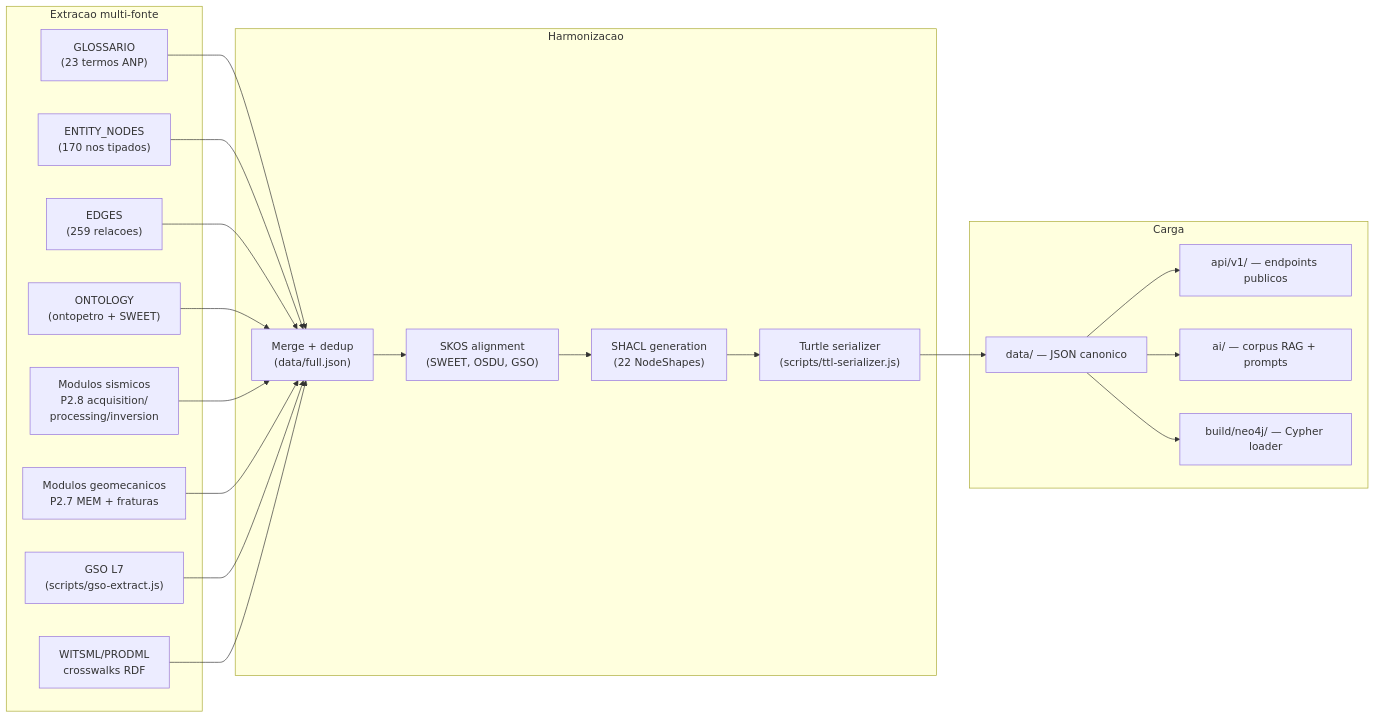
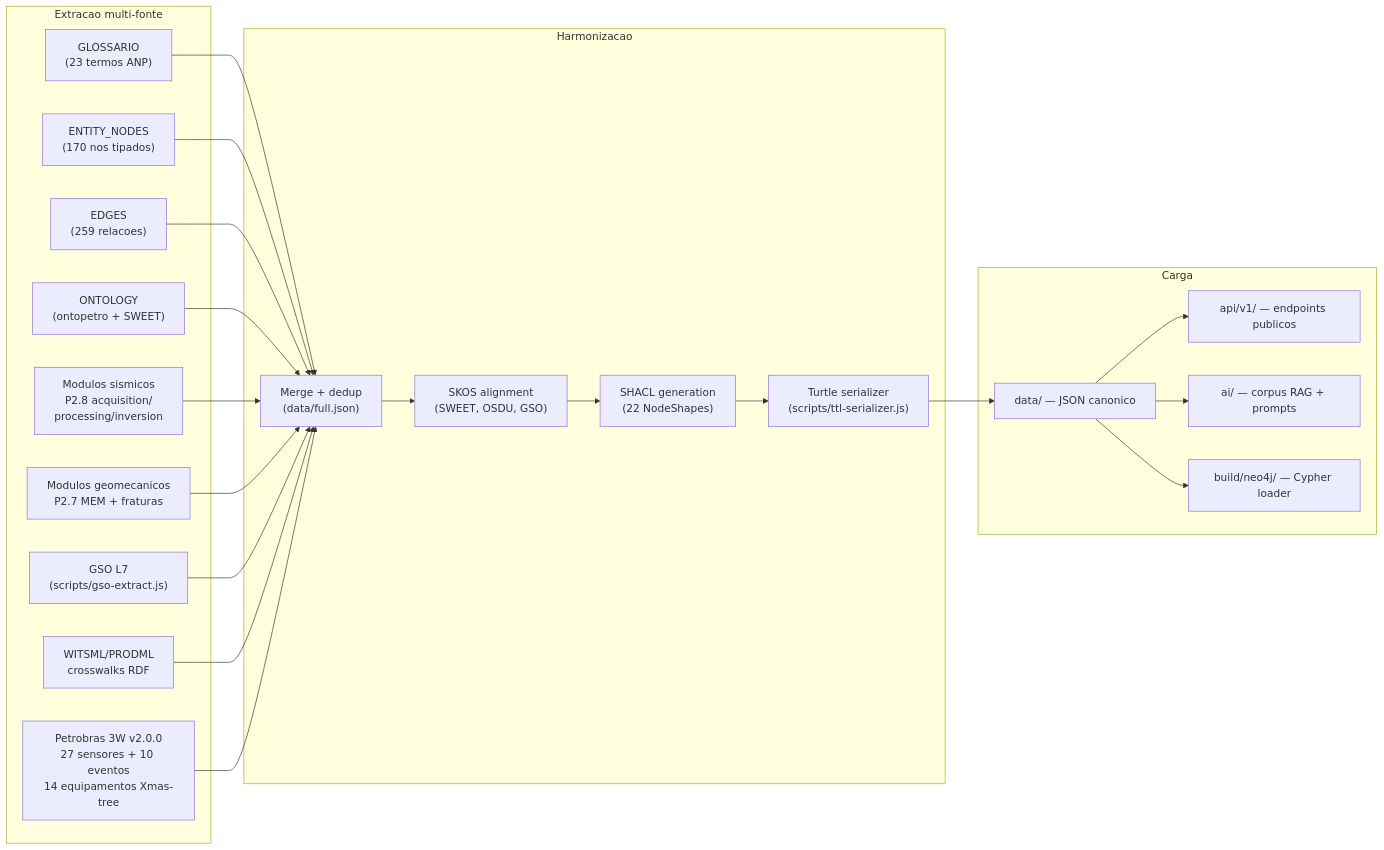
One commit to thiagoflc/geolytics-dictionary changed the second of 4 diagrams in docs/ARCHITECTURE.md. Above: the diagram before and after it, drawn with Mermaid. The commit also changed other lines of this file and 98 other files, not shown here.

First line of the commit message:
feat(3w): integrate Petrobras 3W v2.0.0 — sensors, events, Xmas-tree equipment (#27)

````diff
--- a/docs/ARCHITECTURE.md
+++ b/docs/ARCHITECTURE.md
@@ -50,34 +50,35 @@
 ```mermaid
 graph LR
     subgraph Extracao["Extracao multi-fonte"]
         S1["GLOSSARIO<br/>(23 termos ANP)"]
         S2["ENTITY_NODES<br/>(170 nos tipados)"]
         S3["EDGES<br/>(259 relacoes)"]
         S4["ONTOLOGY<br/>(ontopetro + SWEET)"]
         S5["Modulos sismicos<br/>P2.8 acquisition/<br/>processing/inversion"]
         S6["Modulos geomecanicos<br/>P2.7 MEM + fraturas"]
         S7["GSO L7<br/>(scripts/gso-extract.js)"]
         S8["WITSML/PRODML<br/>crosswalks RDF"]
+        S9["Petrobras 3W v2.0.0<br/>27 sensores + 10 eventos<br/>14 equipamentos Xmas-tree"]
     end
 
     subgraph Harmonizacao["Harmonizacao"]
         H1["Merge + dedup<br/>(data/full.json)"]
         H2["SKOS alignment<br/>(SWEET, OSDU, GSO)"]
         H3["SHACL generation<br/>(22 NodeShapes)"]
         H4["Turtle serializer<br/>(scripts/ttl-serializer.js)"]
     end
 
     subgraph Carga["Carga"]
         C1["data/ — JSON canonico"]
         C2["api/v1/ — endpoints publicos"]
         C3["ai/ — corpus RAG + prompts"]
         C4["build/neo4j/ — Cypher loader"]
     end
 
-    S1 & S2 & S3 & S4 & S5 & S6 & S7 & S8 --> H1
+    S1 & S2 & S3 & S4 & S5 & S6 & S7 & S8 & S9 --> H1
     H1 --> H2 --> H3 --> H4
     H4 --> C1
     C1 --> C2
     C1 --> C3
     C1 --> C4
 ```
````
